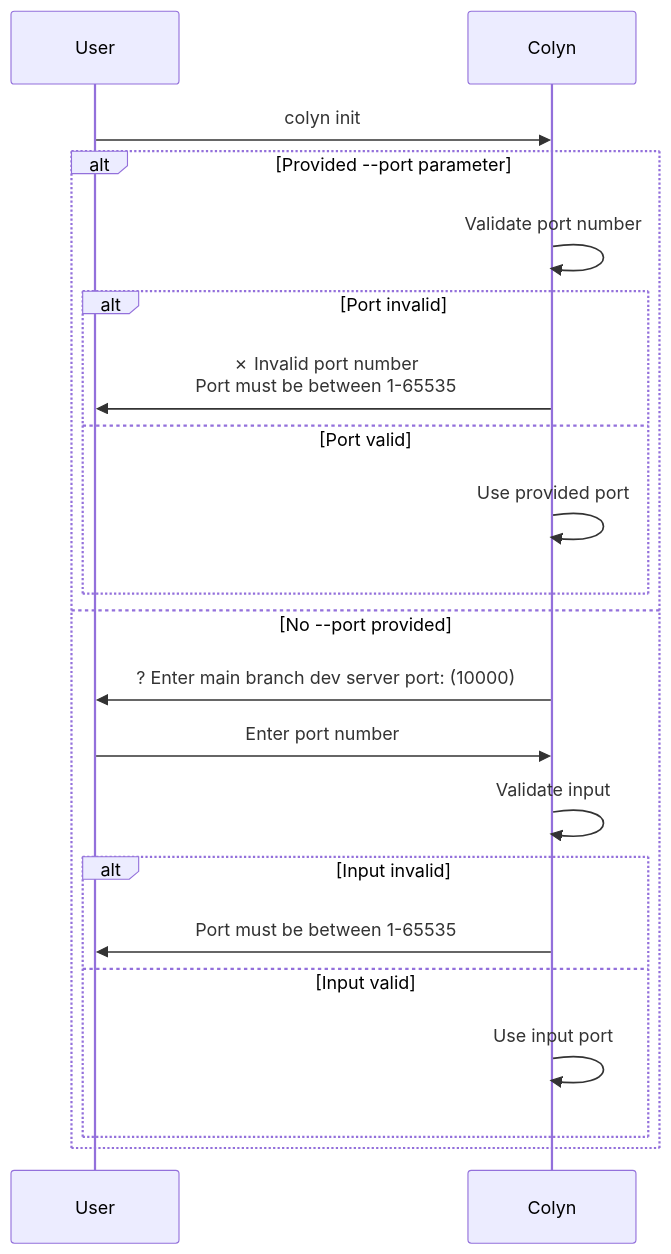
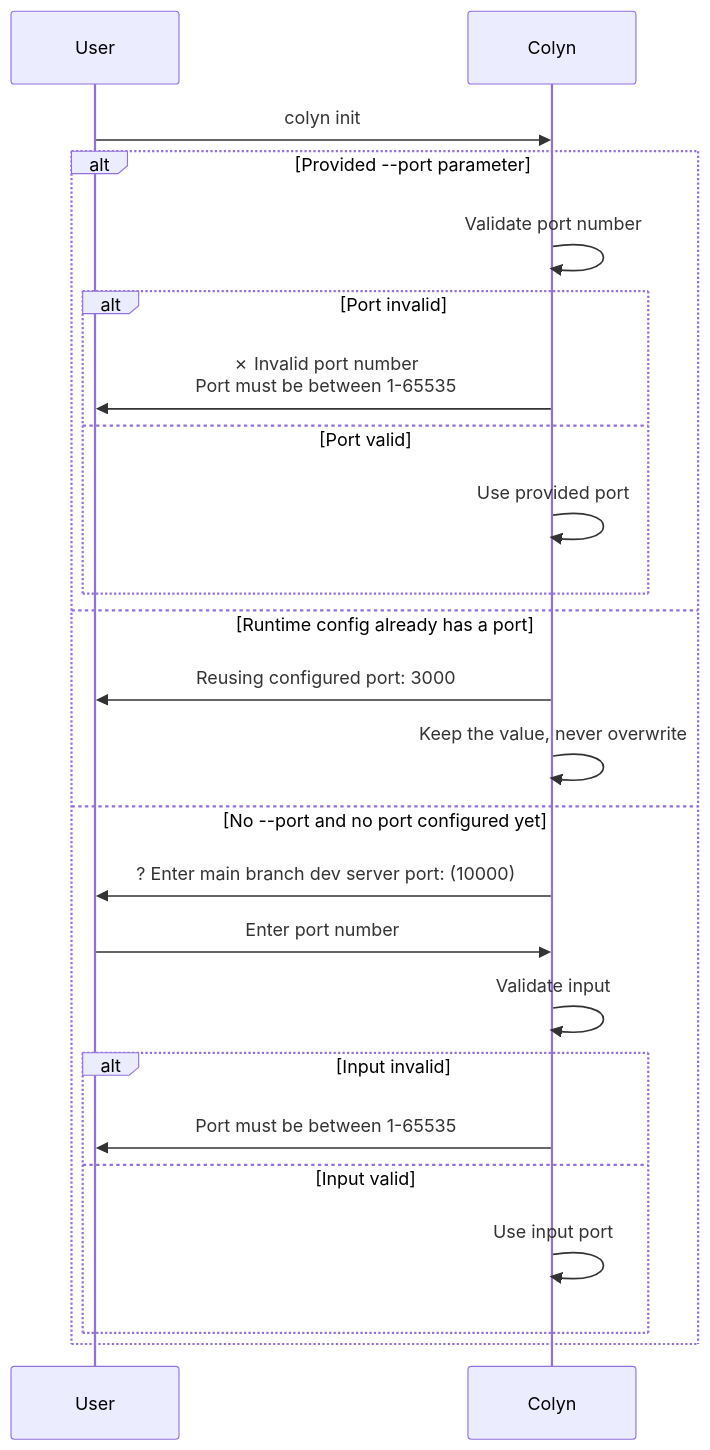
The second of 6 diagrams in docs/en/develop/design/commands/design-init-command.md (colin-han/colyn), drawn with Mermaid before and after one commit. The commit also changed other lines of this file and 18 other files, not shown here.

````diff
--- a/docs/en/develop/design/commands/design-init-command.md
+++ b/docs/en/develop/design/commands/design-init-command.md
@@ -265,25 +279,28 @@
 ```mermaid
 sequenceDiagram
     participant U as User
     participant C as Colyn
 
     U->>C: colyn init
 
     alt Provided --port parameter
         C->>C: Validate port number
         alt Port invalid
             C->>U: ✗ Invalid port number<br/>Port must be between 1-65535
         else Port valid
             C->>C: Use provided port
         end
-    else No --port provided
+    else Runtime config already has a port
+        C->>U: Reusing configured port: 3000
+        C->>C: Keep the value, never overwrite
+    else No --port and no port configured yet
         C->>U: ? Enter main branch dev server port: (10000)
         U->>C: Enter port number
         C->>C: Validate input
         alt Input invalid
             C->>U: Port must be between 1-65535
         else Input valid
             C->>C: Use input port
         end
     end
 ```
````
